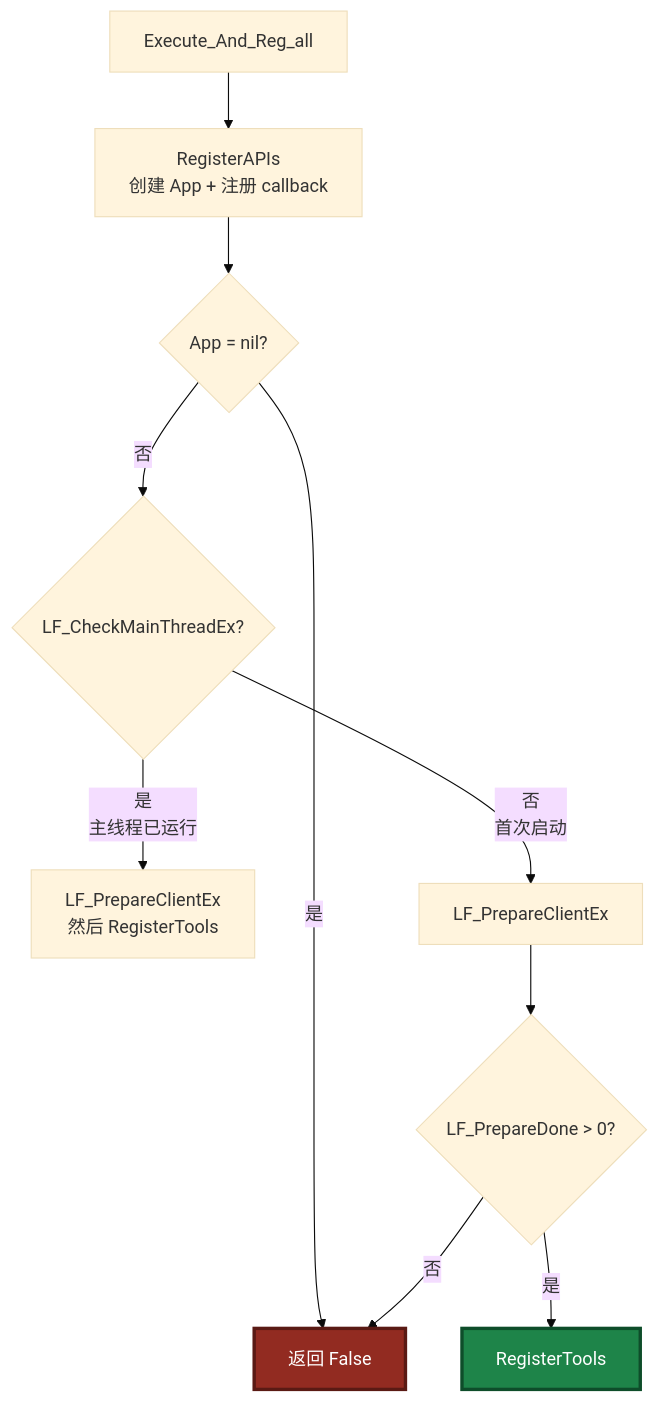
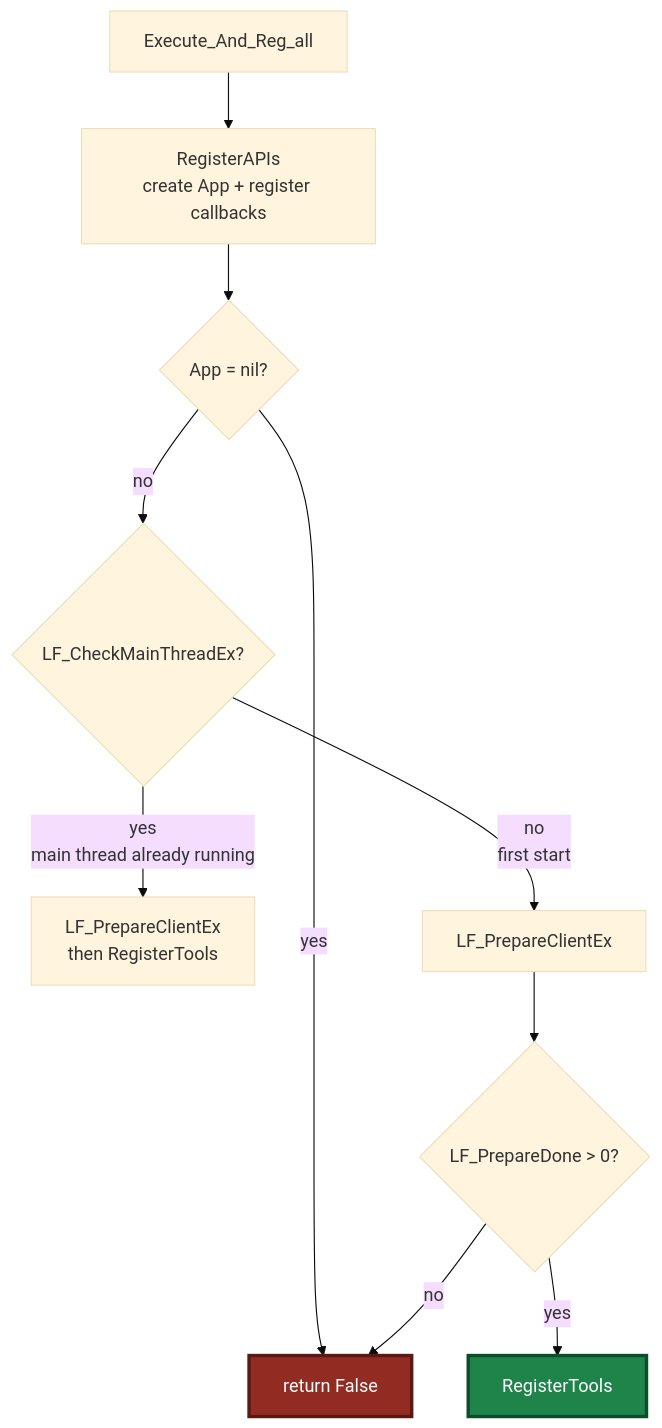
One commit to PassByYou888/LingoFuse-Tools changed diagram 12 of 13 in src/pascal_c_to_mcp/MCP_API_Contract.md. Above: the diagram before and after it, drawn with Mermaid (base theme). The commit also changed other lines of this file, not shown here.

````diff
--- a/src/pascal_c_to_mcp/MCP_API_Contract.md
+++ b/src/pascal_c_to_mcp/MCP_API_Contract.md
@@ -1191,15 +1191,15 @@
 ```mermaid
 flowchart TD
-    A["Execute_And_Reg_all"] --> B["RegisterAPIs<br/>创建 App + 注册 callback"]
+    A["Execute_And_Reg_all"] --> B["RegisterAPIs<br/>create App + register callbacks"]
     B --> C{"App = nil?"}
-    C -- "是" --> Z["返回 False"]
-    C -- "否" --> D{"LF_CheckMainThreadEx?"}
-    D -- "是<br/>主线程已运行" --> E["LF_PrepareClientEx<br/>然后 RegisterTools"]
-    D -- "否<br/>首次启动" --> F["LF_PrepareClientEx"]
+    C -- "yes" --> Z["return False"]
+    C -- "no" --> D{"LF_CheckMainThreadEx?"}
+    D -- "yes<br/>main thread already running" --> E["LF_PrepareClientEx<br/>then RegisterTools"]
+    D -- "no<br/>first start" --> F["LF_PrepareClientEx"]
     F --> G{"LF_PrepareDone > 0?"}
-    G -- "是" --> H["RegisterTools"]
-    G -- "否" --> Z
+    G -- "yes" --> H["RegisterTools"]
+    G -- "no" --> Z
 
     style Z fill:#922B21,stroke:#5A1A14,stroke-width:3px,color:#FFFFFF
     style H fill:#1E8449,stroke:#0E4D2A,stroke-width:3px,color:#FFFFFF
 ```
````
